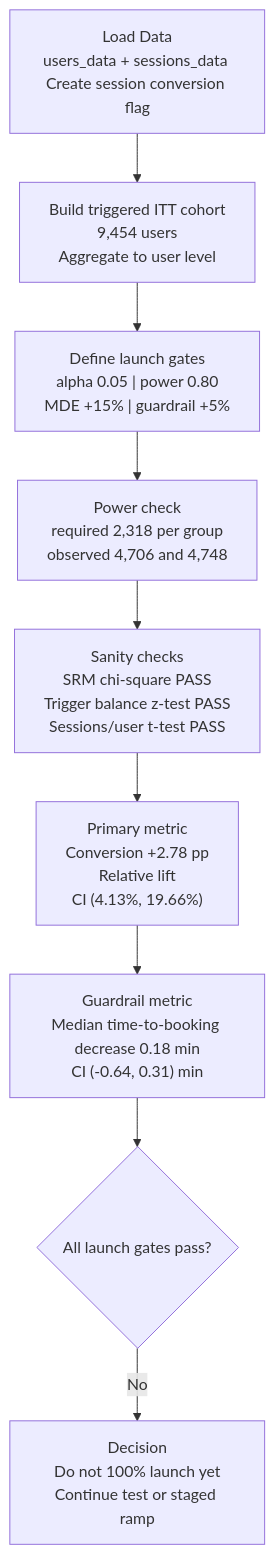
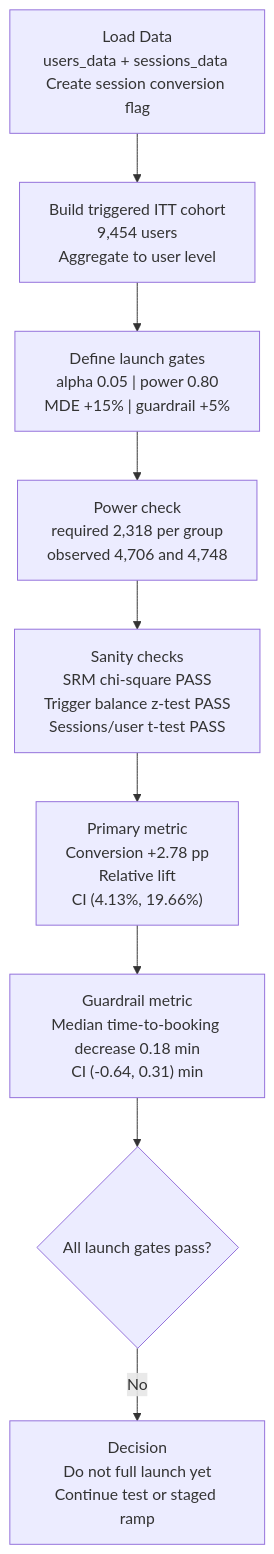
The diagram in README.md (JielingChen/A-B-Test-Analysis_Search-Ranking-Algorithm-Rollout), drawn with Mermaid before and after one commit.

````diff
--- a/README.md
+++ b/README.md
@@ -6,11 +6,11 @@
 ```mermaid
 flowchart TD
     A["Load Data<br/>users_data + sessions_data <br/>Create session conversion flag"] --> B["Build triggered ITT cohort<br/>9,454 users<br/>Aggregate to user level"]
     B --> C["Define launch gates<br/>alpha 0.05 | power 0.80<br/>MDE +15% | guardrail +5%"]
     C --> D["Power check<br/>required 2,318 per group<br/>observed 4,706 and 4,748"]
     D --> E["Sanity checks<br/>SRM chi-square PASS<br/>Trigger balance z-test PASS<br/>Sessions/user t-test PASS"]
     E --> F["Primary metric<br/>Conversion +2.78 pp<br/>Relative lift<br/>CI (4.13%, 19.66%)"]
     F --> G["Guardrail metric<br/>Median time-to-booking decrease 0.18 min<br/>CI (-0.64, 0.31) min"]
-    G --> H{"All launch gates pass?"}
-    H -->|No| I["Decision<br/>Do not 100% launch yet<br/>Continue test or staged ramp"]
+    G --> H{All launch gates pass?}
+    H -->|No| I["Decision<br/>Do not full launch yet<br/>Continue test or staged ramp"]
 ```
````
